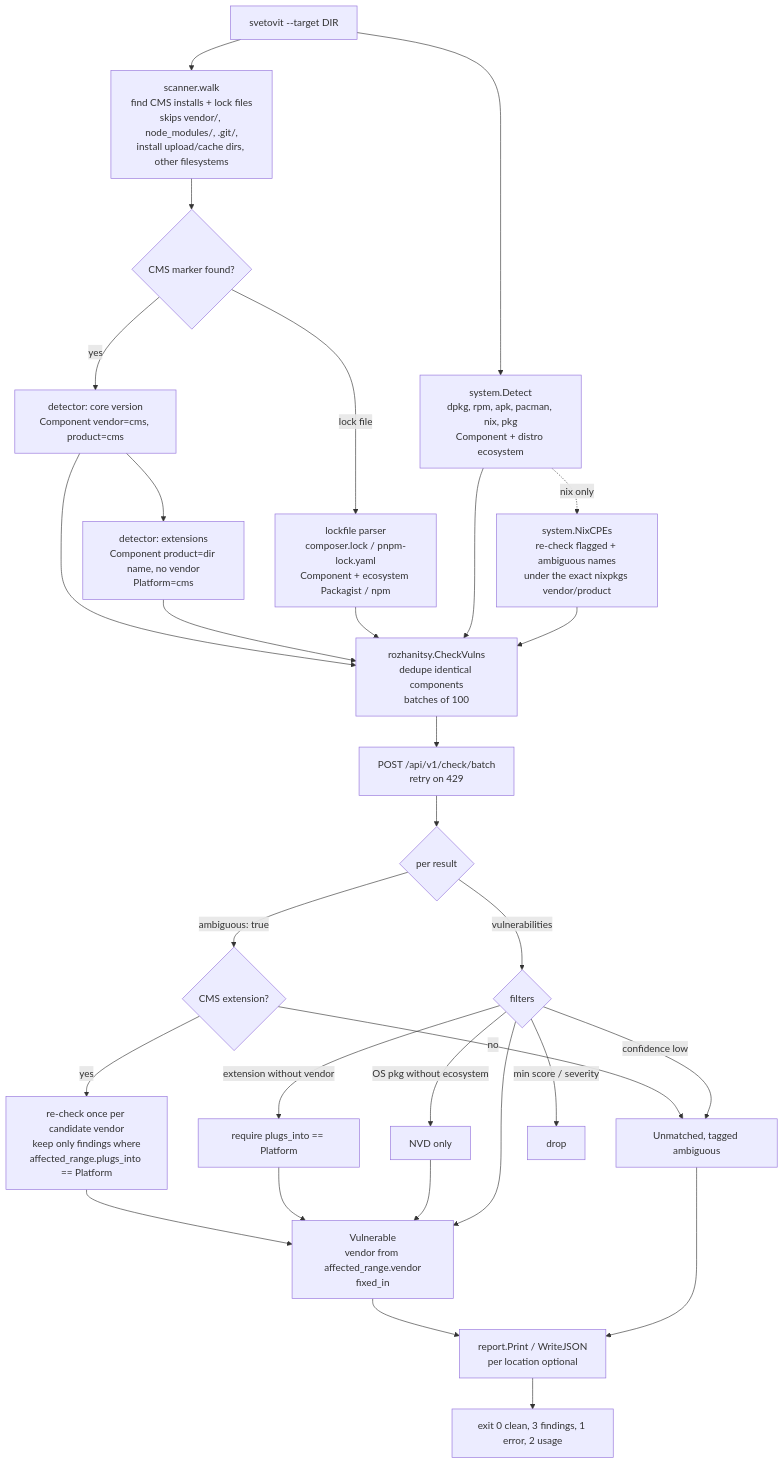
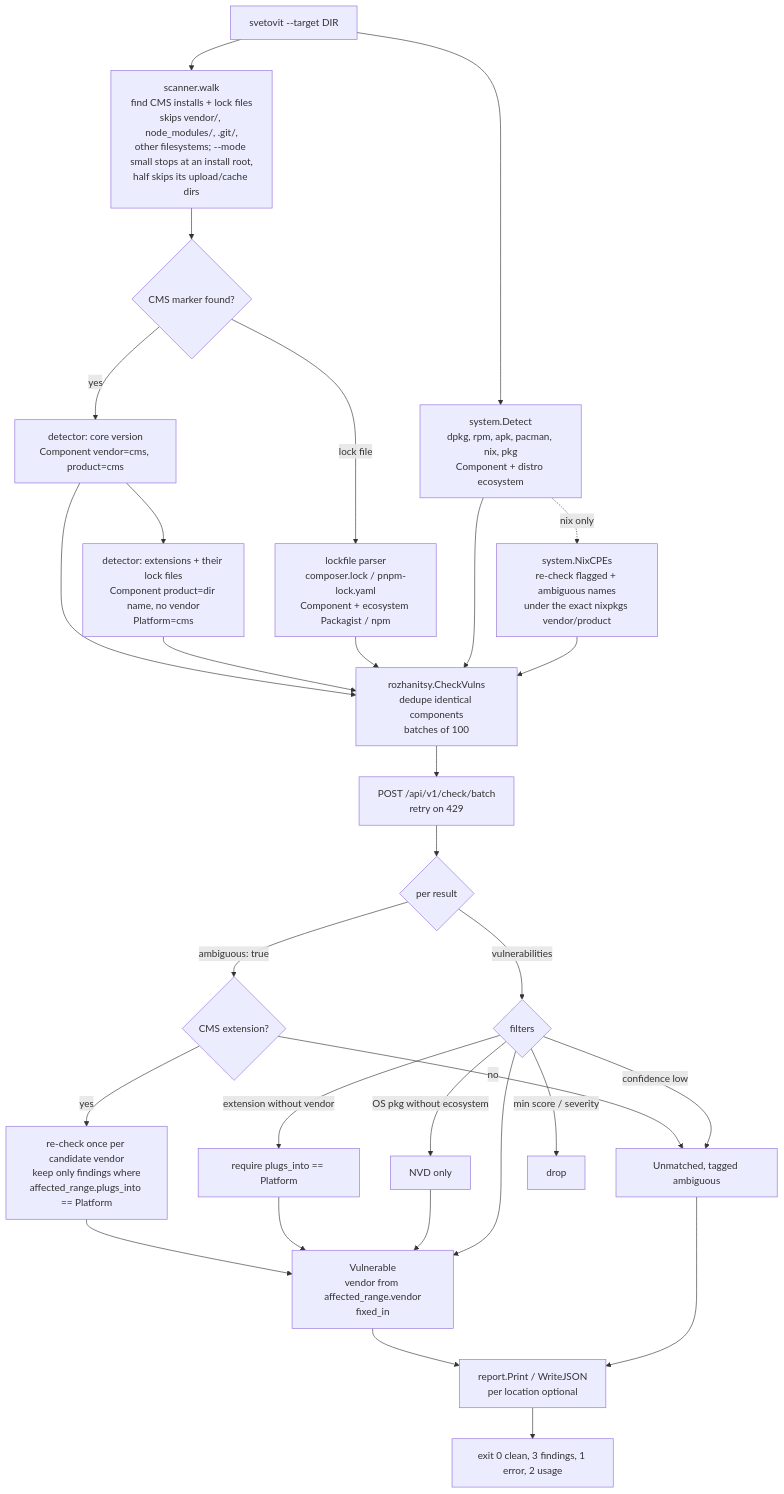
One commit to TadeasDitte/svetovit changed the diagram in docs/flow.md. Above: the diagram before and after it, drawn with Mermaid. The commit also changed 11 other files, not shown here.

````diff
--- a/docs/flow.md
+++ b/docs/flow.md
@@ -6,38 +6,38 @@
 ```mermaid
 flowchart TD
-    A[svetovit --target DIR] --> B[scanner.walk<br/>find CMS installs + lock files<br/>skips vendor/, node_modules/, .git/,<br/>install upload/cache dirs, other filesystems]
+    A[svetovit --target DIR] --> B[scanner.walk<br/>find CMS installs + lock files<br/>skips vendor/, node_modules/, .git/,<br/>other filesystems; --mode small stops at an install root,<br/>half skips its upload/cache dirs]
     B --> C{CMS marker found?}
     C -->|yes| D[detector: core version<br/>Component vendor=cms, product=cms]
-    D --> E[detector: extensions<br/>Component product=dir name, no vendor<br/>Platform=cms]
+    D --> E[detector: extensions + their lock files<br/>Component product=dir name, no vendor<br/>Platform=cms]
     C -->|lock file| F[lockfile parser<br/>composer.lock / pnpm-lock.yaml<br/>Component + ecosystem Packagist / npm]
     A --> G[system.Detect<br/>dpkg, rpm, apk, pacman, nix, pkg<br/>Component + distro ecosystem]
 
     D --> H
     E --> H
     F --> H
     G --> H
 
     H[rozhanitsy.CheckVulns<br/>dedupe identical components<br/>batches of 100] --> I[POST /api/v1/check/batch<br/>retry on 429]
     I --> J{per result}
 
     J -->|ambiguous: true| K{CMS extension?}
     K -->|no| U[Unmatched, tagged ambiguous]
     K -->|yes| L[re-check once per candidate vendor<br/>keep only findings where<br/>affected_range.plugs_into == Platform]
     L --> V
 
     J -->|vulnerabilities| M{filters}
     M -->|extension without vendor| N[require plugs_into == Platform]
     M -->|OS pkg without ecosystem| O[NVD only]
     M -->|confidence low| U
     M -->|min score / severity| P[drop]
     N --> V
     O --> V
     M --> V[Vulnerable<br/>vendor from affected_range.vendor<br/>fixed_in]
 
     G -. nix only .-> Q[system.NixCPEs<br/>re-check flagged + ambiguous names<br/>under the exact nixpkgs vendor/product]
     Q --> H
 
     V --> R[report.Print / WriteJSON<br/>per location optional]
     U --> R
     R --> S[exit 0 clean, 3 findings, 1 error, 2 usage]
 ```
````
